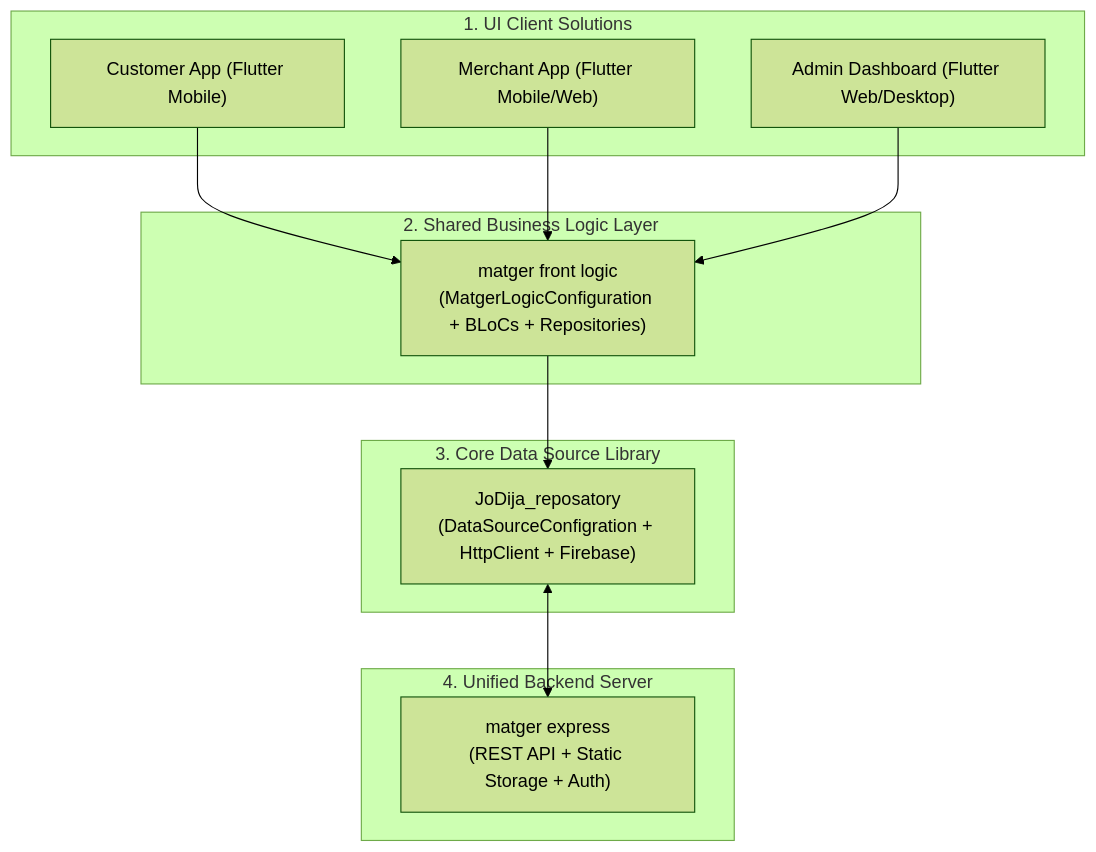
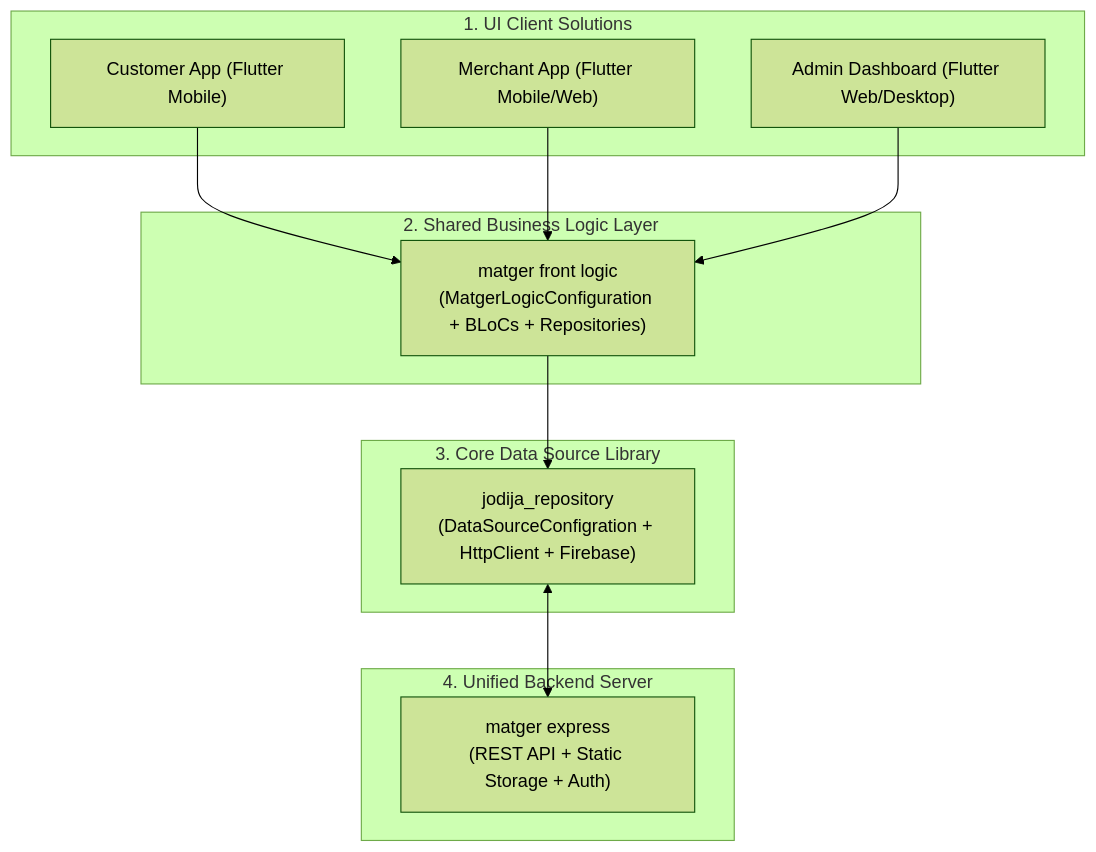
One commit to zeftawyapps/JoDija_reposatory changed the diagram in documents/en/integration_matger_guide.md. Above: the diagram before and after it, drawn with Mermaid (forest theme). The commit also changed other lines of this file and 30 other files, not shown here.

````diff
--- a/documents/en/integration_matger_guide.md
+++ b/documents/en/integration_matger_guide.md
@@ -21,27 +21,27 @@
 ```mermaid
 graph TD
     subgraph UI_Solutions ["1. UI Client Solutions"]
         A1["Customer App (Flutter Mobile)"]
         A2["Merchant App (Flutter Mobile/Web)"]
         A3["Admin Dashboard (Flutter Web/Desktop)"]
     end
 
     subgraph Business_Logic ["2. Shared Business Logic Layer"]
         B["matger front logic<br/>(MatgerLogicConfiguration + BLoCs + Repositories)"]
     end
 
     subgraph Core_Data ["3. Core Data Source Library"]
-        C["JoDija_reposatory<br/>(DataSourceConfigration + HttpClient + Firebase)"]
+        C["jodija_repository<br/>(DataSourceConfigration + HttpClient + Firebase)"]
     end
 
     subgraph Backend_Server ["4. Unified Backend Server"]
         D["matger express<br/>(REST API + Static Storage + Auth)"]
     end
 
     A1 --> B
     A2 --> B
     A3 --> B
 
     B --> C
     C <--> D
 ```
````
